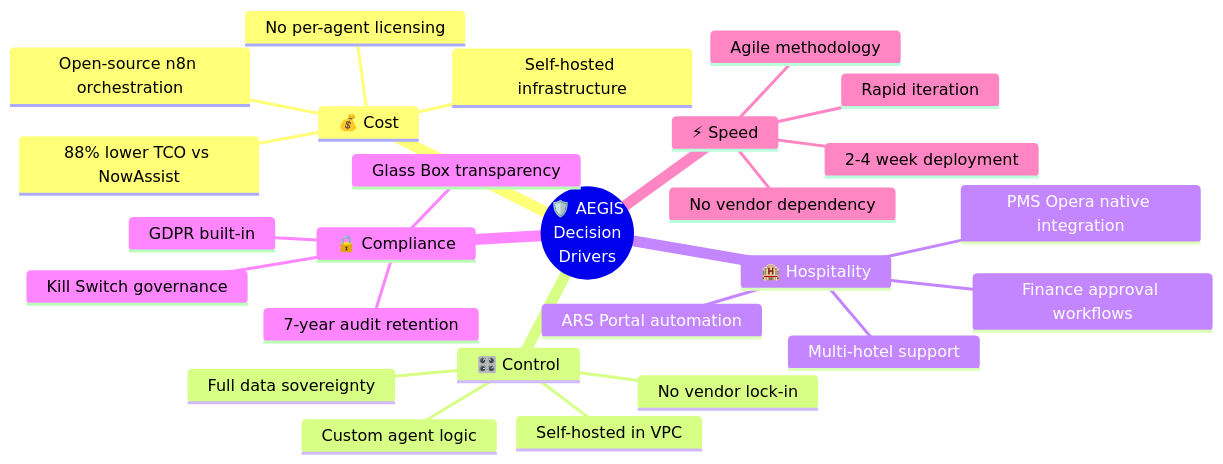
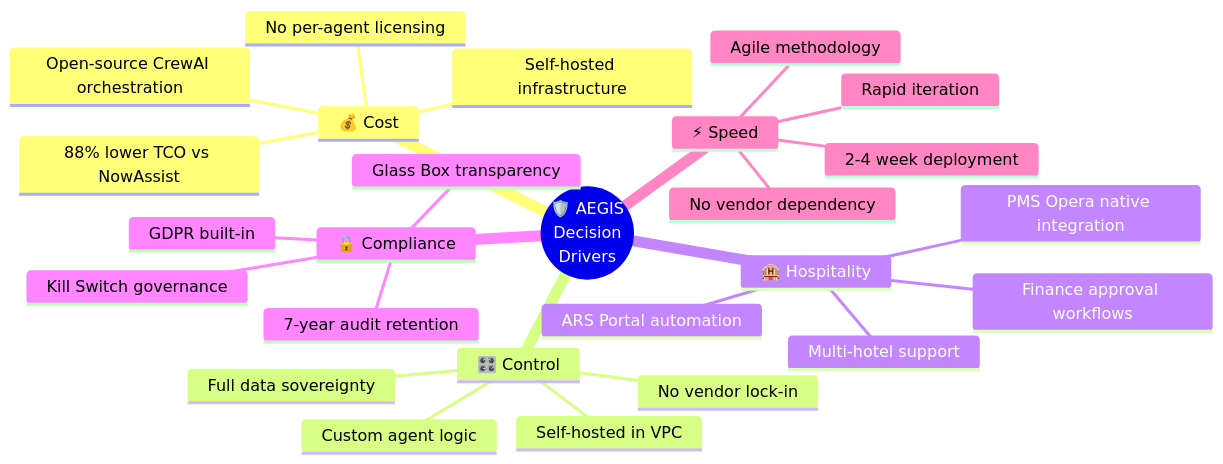
One commit to maniltns/AEGIS changed the first of 16 diagrams in docs/implementation_plan.md. Above: the diagram before and after it, drawn with Mermaid. The commit also changed other lines of this file and 14 other files, not shown here.

Commit message:
docs: Add comprehensive documentation for AEGIS architecture, demo, setup, and executive insights, and update contributing guidelines for the Python/CrewAI agent stack.

````diff
--- a/docs/implementation_plan.md
+++ b/docs/implementation_plan.md
@@ -59,29 +59,29 @@
 ```mermaid
 mindmap
     root((🛡️ AEGIS<br/>Decision<br/>Drivers))
         💰 Cost
             88% lower TCO vs NowAssist
             No per-agent licensing
-            Open-source n8n orchestration
+            Open-source CrewAI orchestration
             Self-hosted infrastructure
         🎛️ Control
             Self-hosted in VPC
             Full data sovereignty
             Custom agent logic
             No vendor lock-in
         🏨 Hospitality
             PMS Opera native integration
             ARS Portal automation
             Finance approval workflows
             Multi-hotel support
         🔒 Compliance
             GDPR built-in
             Glass Box transparency
             7-year audit retention
             Kill Switch governance
         ⚡ Speed
             2-4 week deployment
             Rapid iteration
             No vendor dependency
             Agile methodology
 ```
````
